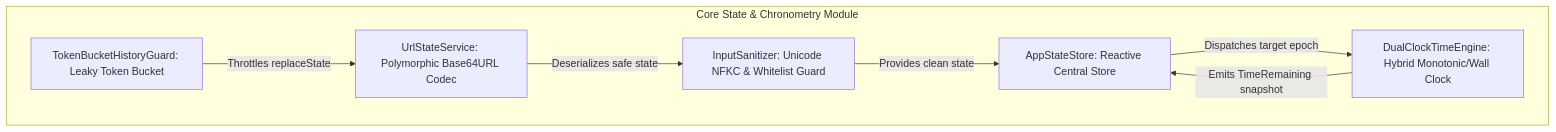
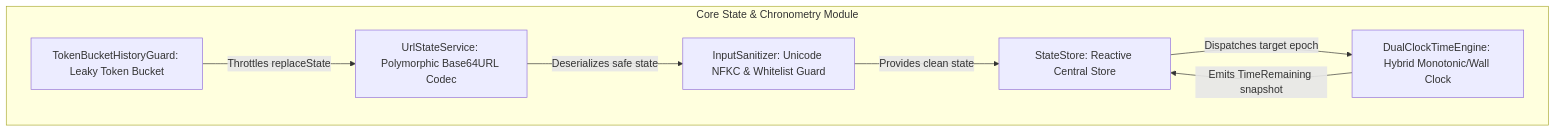
Before and after one commit to piyushmakhija28/countdown-lockscreen-challenge: the third of 9 diagrams in docs/02-hld.md, drawn with Mermaid. The commit also changed other lines of this file and 43 other files, not shown here.

Commit message:
docs(grand-prize): eliminate all 11 foundational architecture discrepancies, sync UML parity, and generate 13 Draw.io diagrams (v1.8.0) (#1)

````diff
--- a/docs/02-hld.md
+++ b/docs/02-hld.md
@@ -127,16 +127,16 @@
 ```mermaid
 graph TD
     subgraph CoreChronometry [Core State & Chronometry Module]
-        Store[AppStateStore: Reactive Central Store]
+        Store[StateStore: Reactive Central Store]
         DualClockTimeEngine[DualClockTimeEngine: Hybrid Monotonic/Wall Clock]
         Guard[TokenBucketHistoryGuard: Leaky Token Bucket]
         Codec[UrlStateService: Polymorphic Base64URL Codec]
         Sanitizer[InputSanitizer: Unicode NFKC & Whitelist Guard]
     end
 
     Store -->|Dispatches target epoch| DualClockTimeEngine
     DualClockTimeEngine -->|Emits TimeRemaining snapshot| Store
     Guard -->|Throttles replaceState| Codec
     Codec -->|Deserializes safe state| Sanitizer
     Sanitizer -->|Provides clean state| Store
 ```
````
